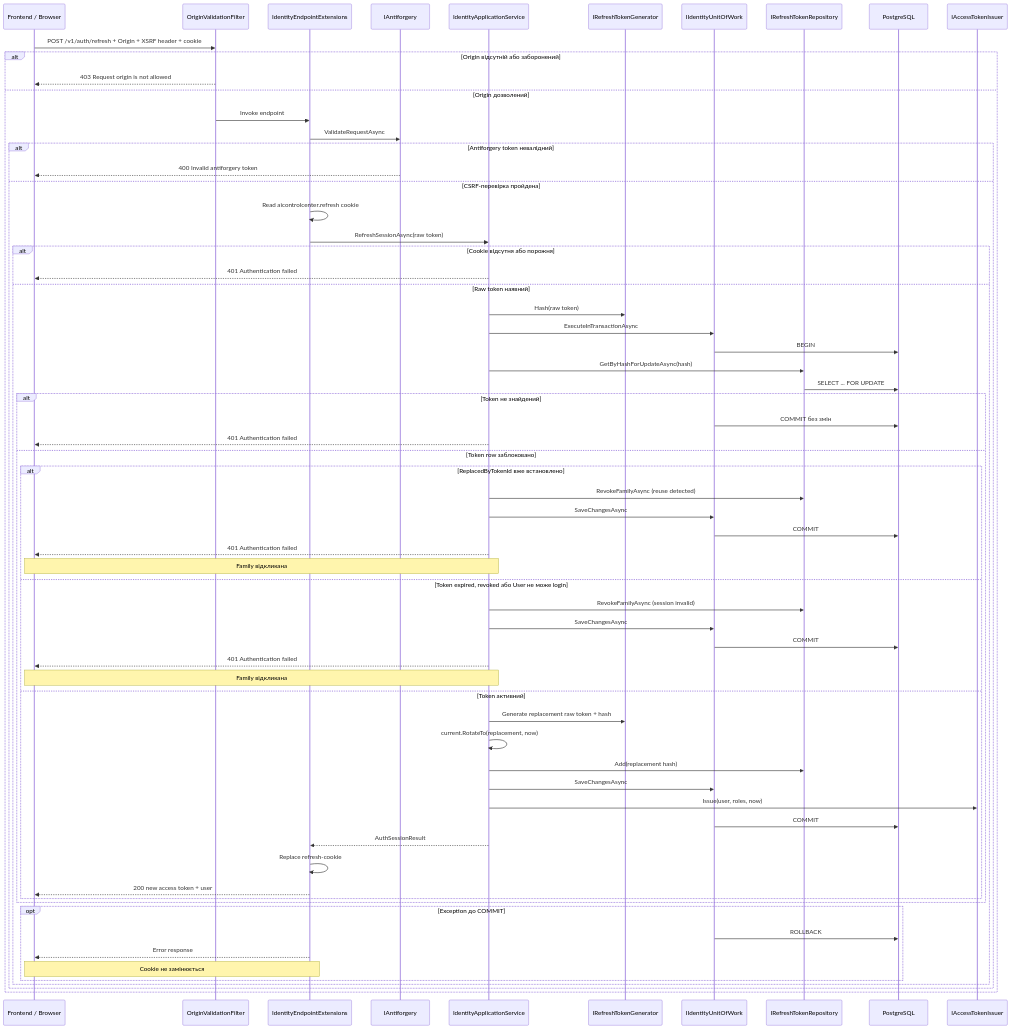
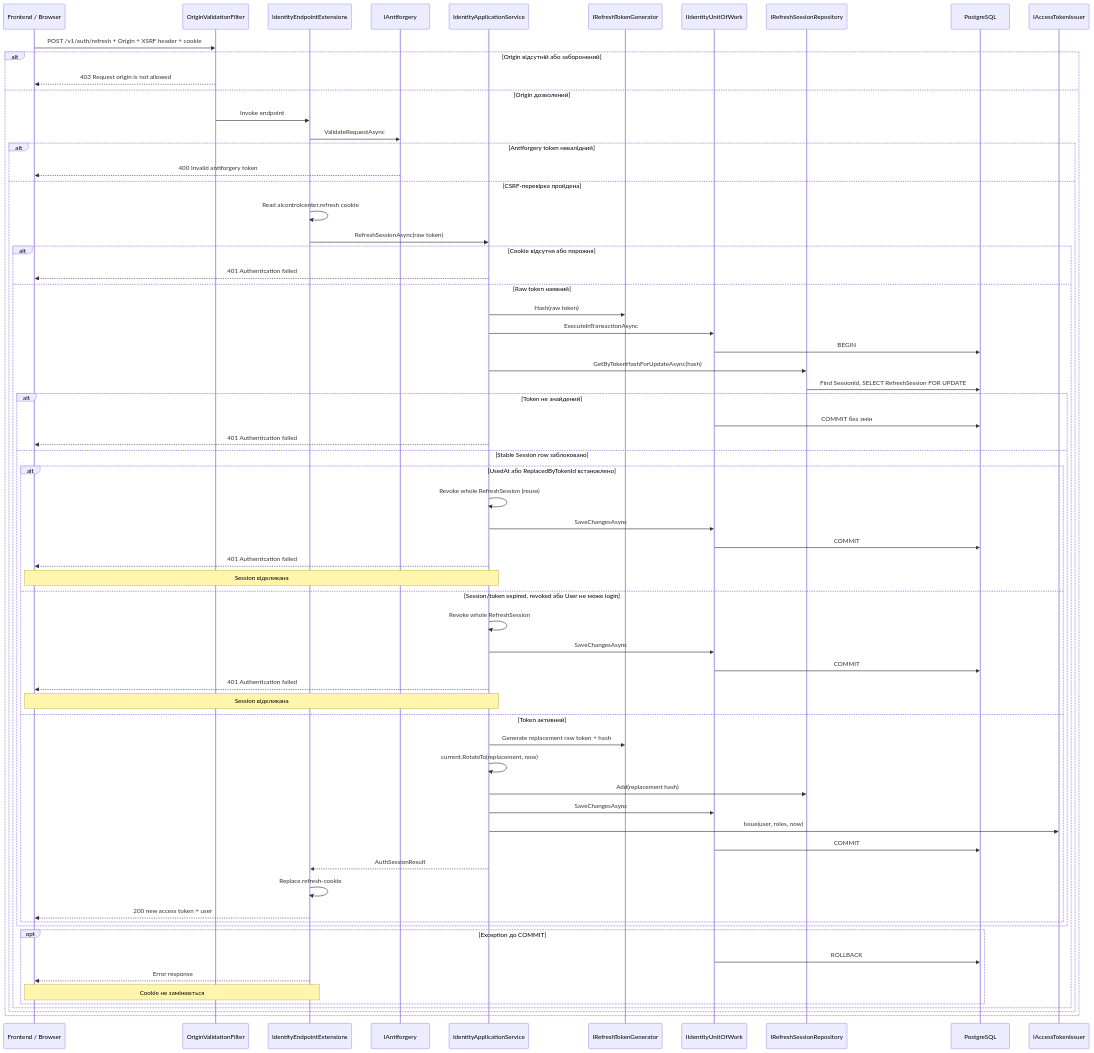
Before and after one commit to SqeeZarion/AiControlCenter: the third of 6 diagrams in docs/identity/authentication-flow.md, drawn with Mermaid. The commit also changed other lines of this file and 58 other files, not shown here.

````diff
--- a/docs/identity/authentication-flow.md
+++ b/docs/identity/authentication-flow.md
@@ -184,69 +186,69 @@
 ```mermaid
 sequenceDiagram
     participant F as Frontend / Browser
     participant OF as OriginValidationFilter
     participant API as IdentityEndpointExtensions
     participant AF as IAntiforgery
     participant APP as IdentityApplicationService
     participant GEN as IRefreshTokenGenerator
     participant UOW as IIdentityUnitOfWork
-    participant REPO as IRefreshTokenRepository
+    participant REPO as IRefreshSessionRepository
     participant DB as PostgreSQL
     participant JWT as IAccessTokenIssuer
 
     F->>OF: POST /v1/auth/refresh + Origin + XSRF header + cookie
     alt Origin відсутній або заборонений
         OF-->>F: 403 Request origin is not allowed
     else Origin дозволений
         OF->>API: Invoke endpoint
         API->>AF: ValidateRequestAsync
         alt Antiforgery token невалідний
             AF-->>F: 400 Invalid antiforgery token
         else CSRF-перевірка пройдена
             API->>API: Read aicontrolcenter.refresh cookie
             API->>APP: RefreshSessionAsync(raw token)
             alt Cookie відсутня або порожня
                 APP-->>F: 401 Authentication failed
             else Raw token наявний
                 APP->>GEN: Hash(raw token)
                 APP->>UOW: ExecuteInTransactionAsync
                 UOW->>DB: BEGIN
-                APP->>REPO: GetByHashForUpdateAsync(hash)
-                REPO->>DB: SELECT ... FOR UPDATE
+                APP->>REPO: GetByTokenHashForUpdateAsync(hash)
+                REPO->>DB: Find SessionId, SELECT RefreshSession FOR UPDATE
                 alt Token не знайдений
                     UOW->>DB: COMMIT без змін
                     APP-->>F: 401 Authentication failed
-                else Token row заблоковано
-                    alt ReplacedByTokenId вже встановлено
-                        APP->>REPO: RevokeFamilyAsync (reuse detected)
+                else Stable Session row заблоковано
+                    alt UsedAt або ReplacedByTokenId встановлено
+                        APP->>APP: Revoke whole RefreshSession (reuse)
                         APP->>UOW: SaveChangesAsync
                         UOW->>DB: COMMIT
                         APP-->>F: 401 Authentication failed
-                        Note over APP,F: Family відкликана
-                    else Token expired, revoked або User не може login
-                        APP->>REPO: RevokeFamilyAsync (session invalid)
+                        Note over APP,F: Session відкликана
+                    else Session/token expired, revoked або User не може login
+                        APP->>APP: Revoke whole RefreshSession
                         APP->>UOW: SaveChangesAsync
                         UOW->>DB: COMMIT
                         APP-->>F: 401 Authentication failed
-                        Note over APP,F: Family відкликана
+                        Note over APP,F: Session відкликана
                     else Token активний
                         APP->>GEN: Generate replacement raw token + hash
                         APP->>APP: current.RotateTo(replacement, now)
                         APP->>REPO: Add(replacement hash)
                         APP->>UOW: SaveChangesAsync
                         APP->>JWT: Issue(user, roles, now)
                         UOW->>DB: COMMIT
                         APP-->>API: AuthSessionResult
                         API->>API: Replace refresh-cookie
                         API-->>F: 200 new access token + user
                     end
                 end
                 opt Exception до COMMIT
                     UOW->>DB: ROLLBACK
                     API-->>F: Error response
                     Note over API,F: Cookie не замінюється
                 end
             end
         end
     end
 ```
````
